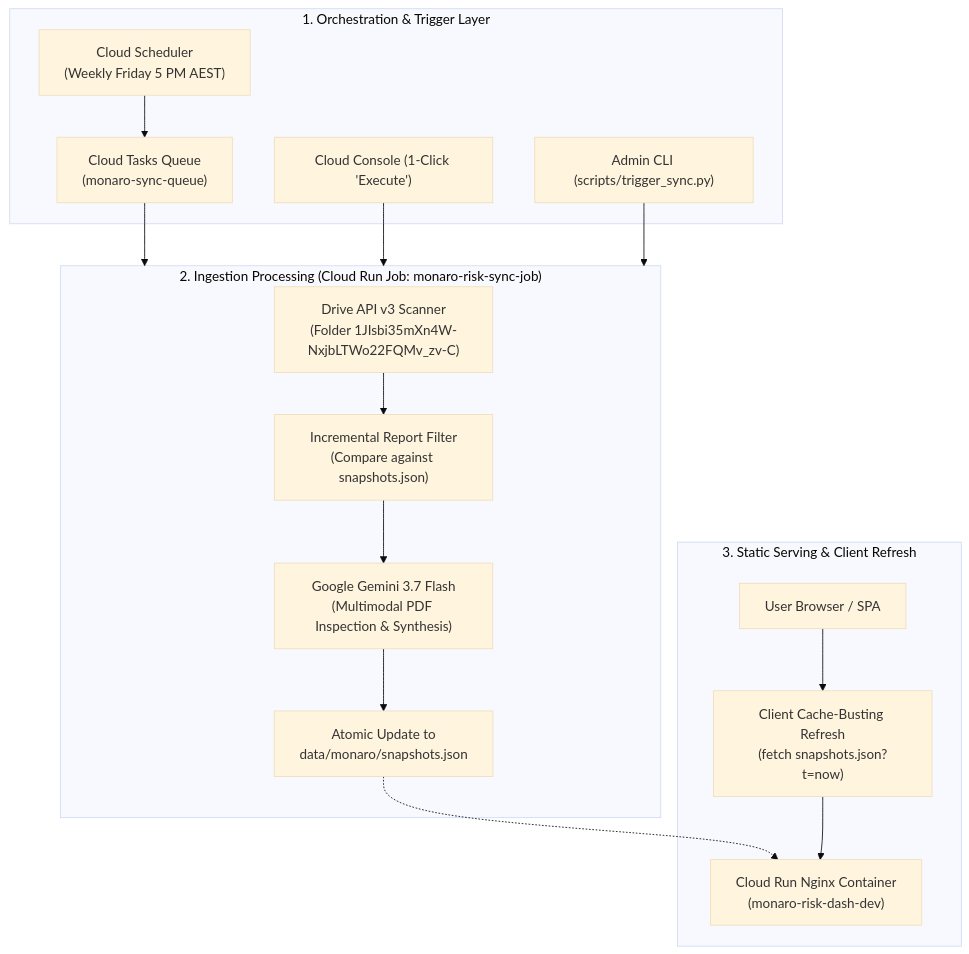
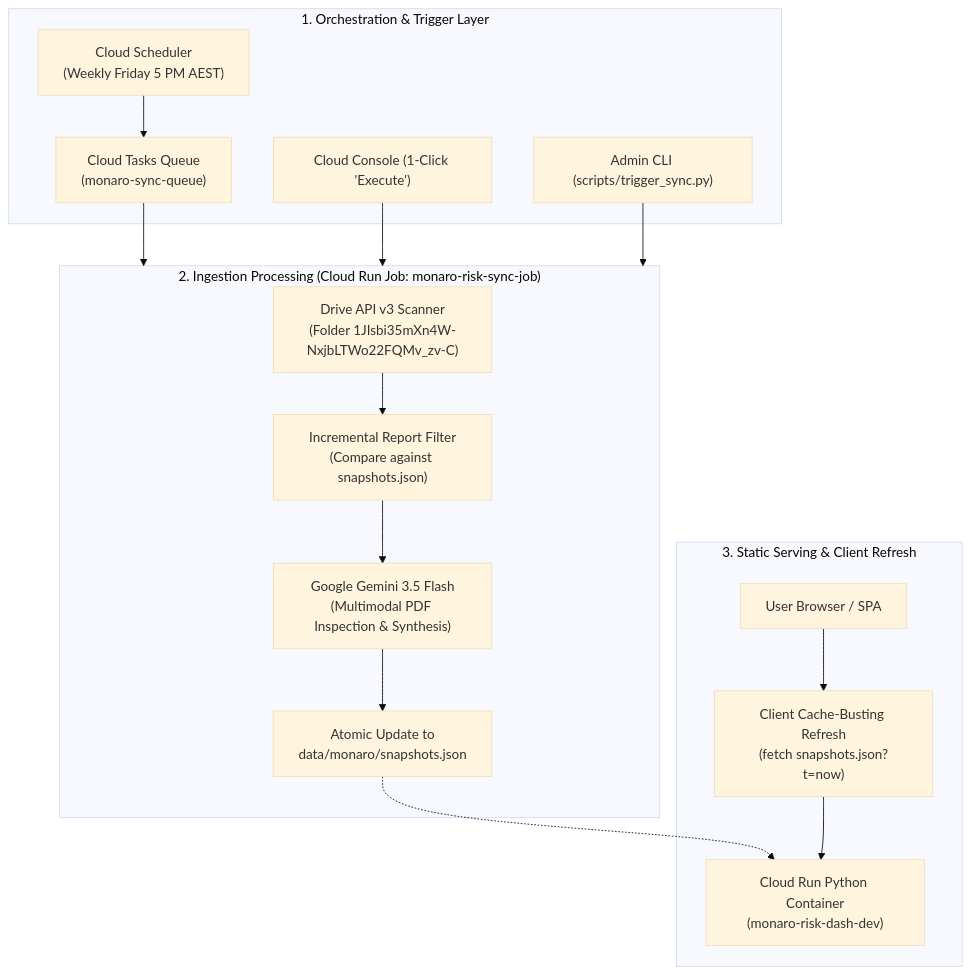
Before and after one commit to brendanhills/uk-bh-project-dash: the second of 2 diagrams in docs/DEPLOYMENT_GUIDE.md, drawn with Mermaid (base theme). The commit also changed other lines of this file and 9 other files, not shown here.

First line of the commit message:
Consolidate to single unified Python container for web service and sync job

````diff
--- a/docs/DEPLOYMENT_GUIDE.md
+++ b/docs/DEPLOYMENT_GUIDE.md
@@ -559,30 +559,30 @@
 ```mermaid
 flowchart TD
     subgraph ScheduledOrchestration["1. Orchestration & Trigger Layer"]
         Cron["Cloud Scheduler\n(Weekly Friday 5 PM AEST)"]
         Queue["Cloud Tasks Queue\n(monaro-sync-queue)"]
         ConsoleTrigger["Cloud Console (1-Click 'Execute')"]
         CLITrigger["Admin CLI (scripts/trigger_sync.py)"]
     end
 
     subgraph IngestionWorker["2. Ingestion Processing (Cloud Run Job: monaro-risk-sync-job)"]
         DriveScan["Drive API v3 Scanner\n(Folder 1JIsbi35mXn4W-NxjbLTWo22FQMv_zv-C)"]
         Filter["Incremental Report Filter\n(Compare against snapshots.json)"]
-        GeminiAI["Google Gemini 3.7 Flash\n(Multimodal PDF Inspection & Synthesis)"]
+        GeminiAI["Google Gemini 3.5 Flash\n(Multimodal PDF Inspection & Synthesis)"]
         SnapshotCommit["Atomic Update to\ndata/monaro/snapshots.json"]
     end
 
     subgraph PresentationServing["3. Static Serving & Client Refresh"]
-        CloudRunWeb["Cloud Run Nginx Container\n(monaro-risk-dash-dev)"]
+        CloudRunWeb["Cloud Run Python Container\n(monaro-risk-dash-dev)"]
         Browser["User Browser / SPA"]
         FreshnessCheck["Client Cache-Busting Refresh\n(fetch snapshots.json?t=now)"]
     end
 
     Cron --> Queue --> IngestionWorker
     ConsoleTrigger --> IngestionWorker
     CLITrigger --> IngestionWorker
 
     DriveScan --> Filter --> GeminiAI --> SnapshotCommit
     SnapshotCommit -.-> CloudRunWeb
     Browser --> FreshnessCheck --> CloudRunWeb
 ```
````
